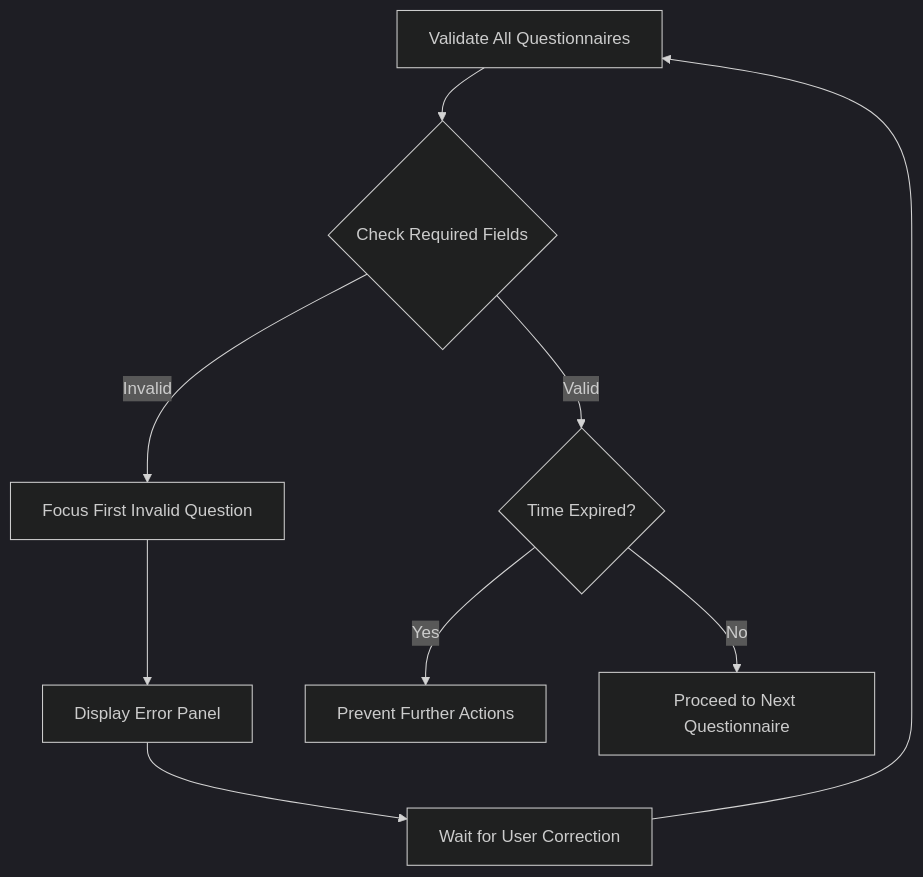
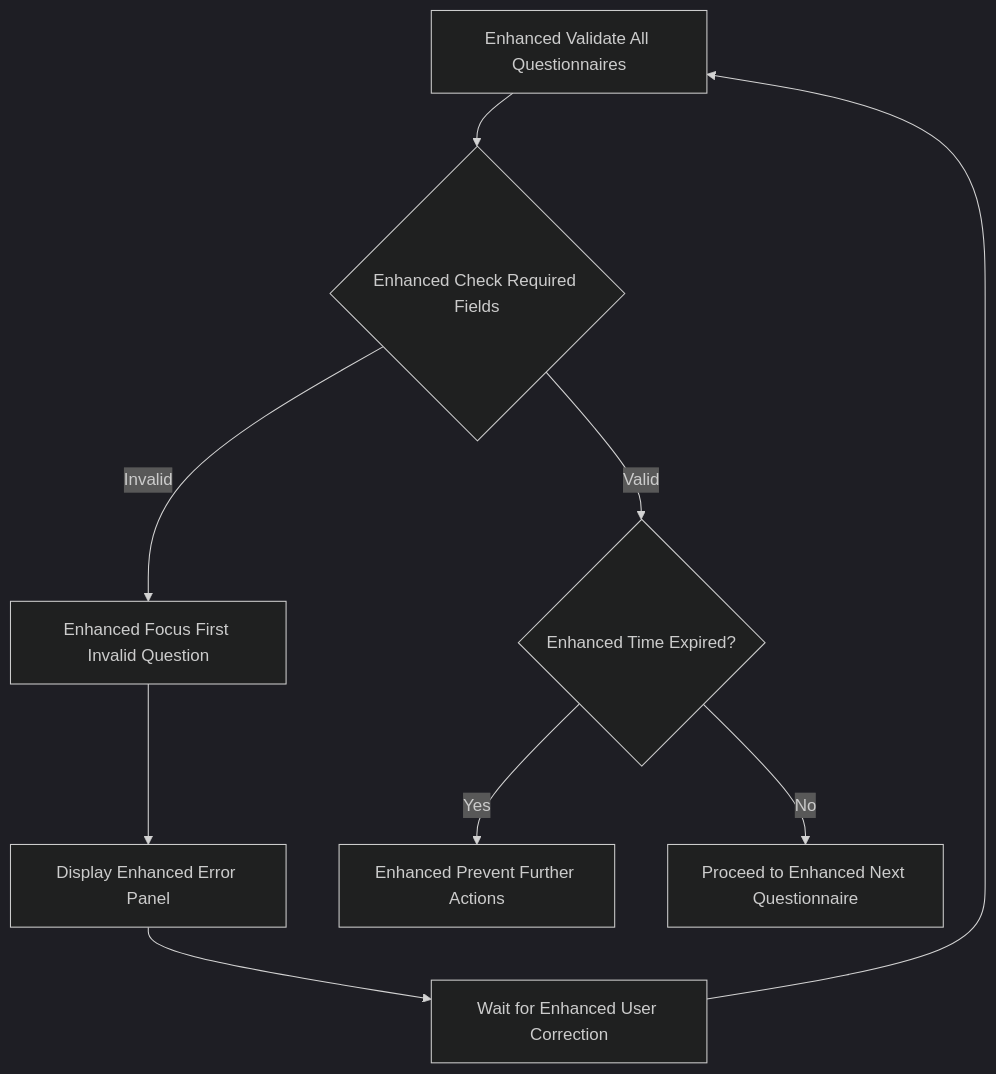
Before and after one commit to rudicatsmile/assesment360: the sixth of 9 diagrams in .qoder/repowiki/en/content/Core Features/Evaluation Workflows/Questionnaire Filling Interface.md, drawn with Mermaid (dark theme). The commit also changed other lines of this file and 6 other files, not shown here.

````diff
--- a/.qoder/repowiki/en/content/Core Features/Evaluation Workflows/Questionnaire Filling Interface.md
+++ b/.qoder/repowiki/en/content/Core Features/Evaluation Workflows/Questionnaire Filling Interface.md
@@ -398,11 +403,11 @@
 ```mermaid
 flowchart TD
-Validate["Validate All Questionnaires"] --> CheckRequired{"Check Required Fields"}
-CheckRequired --> |Invalid| Focus["Focus First Invalid Question"]
-Focus --> ShowErrors["Display Error Panel"]
-CheckRequired --> |Valid| CheckTime{"Time Expired?"}
-CheckTime --> |Yes| Prevent["Prevent Further Actions"]
-CheckTime --> |No| Proceed["Proceed to Next Questionnaire"]
-ShowErrors --> Wait["Wait for User Correction"]
+Validate["Enhanced Validate All Questionnaires"] --> CheckRequired{"Enhanced Check Required Fields"}
+CheckRequired --> |Invalid| Focus["Enhanced Focus First Invalid Question"]
+Focus --> ShowErrors["Display Enhanced Error Panel"]
+CheckRequired --> |Valid| CheckTime{"Enhanced Time Expired?"}
+CheckTime --> |Yes| Prevent["Enhanced Prevent Further Actions"]
+CheckTime --> |No| Proceed["Proceed to Enhanced Next Questionnaire"]
+ShowErrors --> Wait["Wait for Enhanced User Correction"]
 Wait --> Validate
 ```
````
